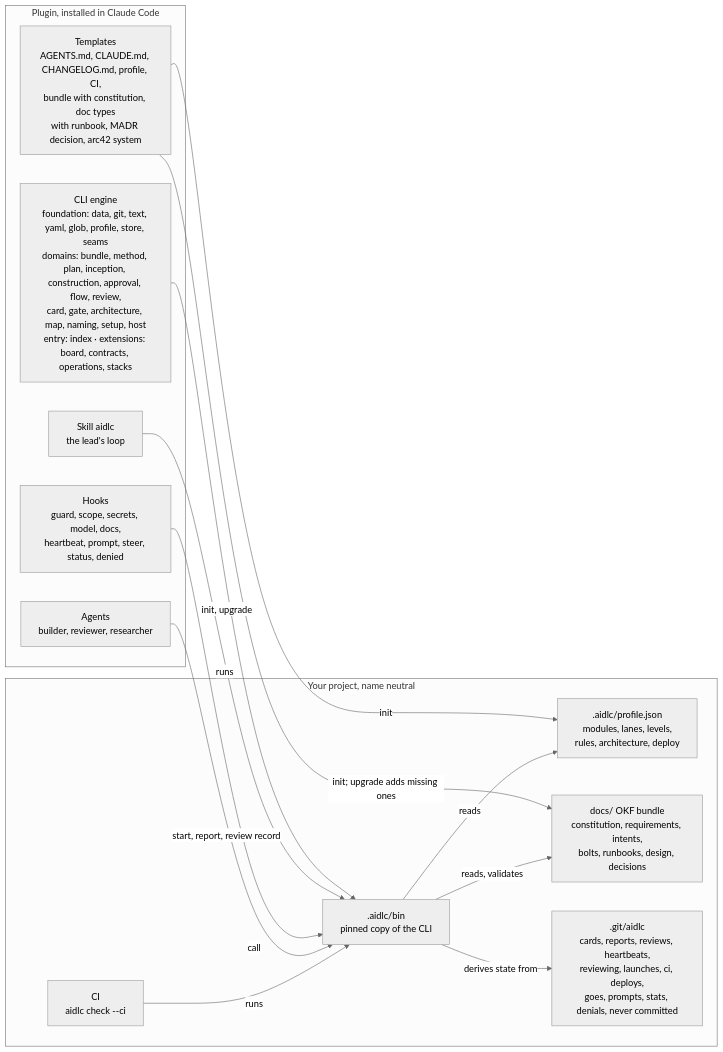
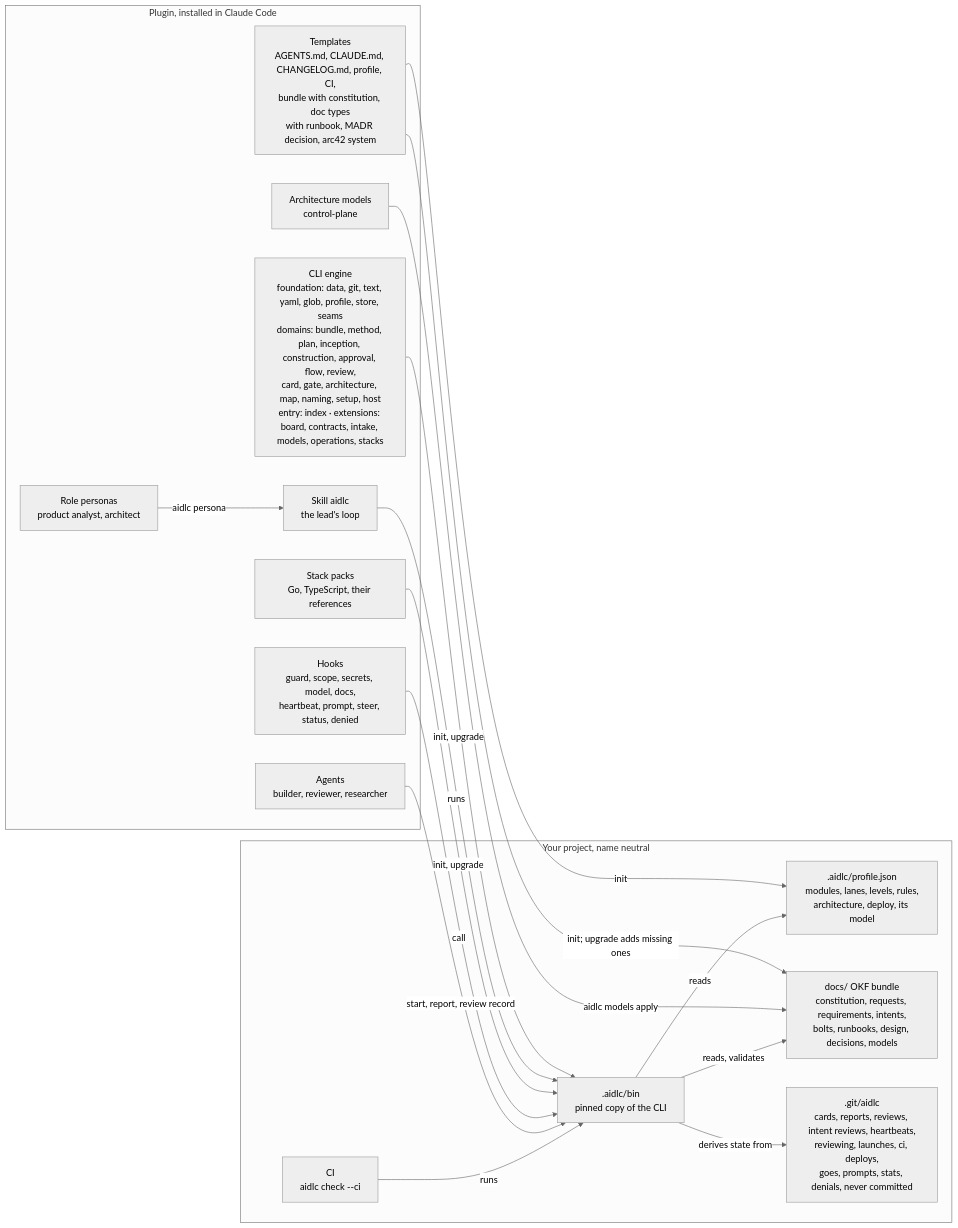
One commit to Scrollout/aidlc-team-plugin changed the second of 2 diagrams in README.md. Above: the diagram before and after it, drawn with Mermaid (neutral theme). The commit also changed other lines of this file and 4 other files, not shown here.

````diff
--- a/README.md
+++ b/README.md
@@ -53,29 +53,35 @@
 ```mermaid
 flowchart LR
   subgraph plugin["Plugin, installed in Claude Code"]
     skill["Skill aidlc<br/>the lead's loop"]
     agents["Agents<br/>builder, reviewer, researcher"]
+    personas["Role personas<br/>product analyst, architect"]
+    models["Architecture models<br/>control-plane"]
+    packs["Stack packs<br/>Go, TypeScript, their references"]
     hooks["Hooks<br/>guard, scope, secrets, model, docs,<br/>heartbeat, prompt, steer, status, denied"]
-    cli["CLI engine<br/>foundation: data, git, text, yaml, glob, profile, store, seams<br/>domains: bundle, method, plan, inception, construction, approval, flow, review,<br/>card, gate, architecture, map, naming, setup, host<br/>entry: index · extensions: board, contracts, operations, stacks"]
+    cli["CLI engine<br/>foundation: data, git, text, yaml, glob, profile, store, seams<br/>domains: bundle, method, plan, inception, construction, approval, flow, review,<br/>card, gate, architecture, map, naming, setup, host<br/>entry: index · extensions: board, contracts, intake, models, operations, stacks"]
     templates["Templates<br/>AGENTS.md, CLAUDE.md, CHANGELOG.md, profile, CI,<br/>bundle with constitution, doc types<br/>with runbook, MADR decision, arc42 system"]
   end
 
   subgraph project["Your project, name neutral"]
-    profile[".aidlc/profile.json<br/>modules, lanes, levels,<br/>rules, architecture, deploy"]
+    profile[".aidlc/profile.json<br/>modules, lanes, levels, rules,<br/>architecture, deploy, its model"]
     bin[".aidlc/bin<br/>pinned copy of the CLI"]
-    docs["docs/ OKF bundle<br/>constitution, requirements, intents,<br/>bolts, runbooks, design, decisions"]
-    runtime[".git/aidlc<br/>cards, reports, reviews, heartbeats,<br/>reviewing, launches, ci, deploys,<br/>goes, prompts, stats, denials, never committed"]
+    docs["docs/ OKF bundle<br/>constitution, requests, requirements, intents,<br/>bolts, runbooks, design, decisions, models"]
+    runtime[".git/aidlc<br/>cards, reports, reviews, intent reviews, heartbeats,<br/>reviewing, launches, ci, deploys,<br/>goes, prompts, stats, denials, never committed"]
     ci["CI<br/>aidlc check --ci"]
   end
 
   templates -- "init" --> profile
   templates -- "init; upgrade adds missing ones" --> docs
   cli -- "init, upgrade" --> bin
   skill -- "runs" --> bin
+  personas -- "aidlc persona" --> skill
+  models -- "aidlc models apply" --> docs
+  packs -- "init, upgrade" --> bin
   hooks -- "call" --> bin
   agents -- "start, report, review record" --> bin
   ci -- "runs" --> bin
   bin -- "reads, validates" --> docs
   bin -- "reads" --> profile
   bin -- "derives state from" --> runtime
 ```
````
